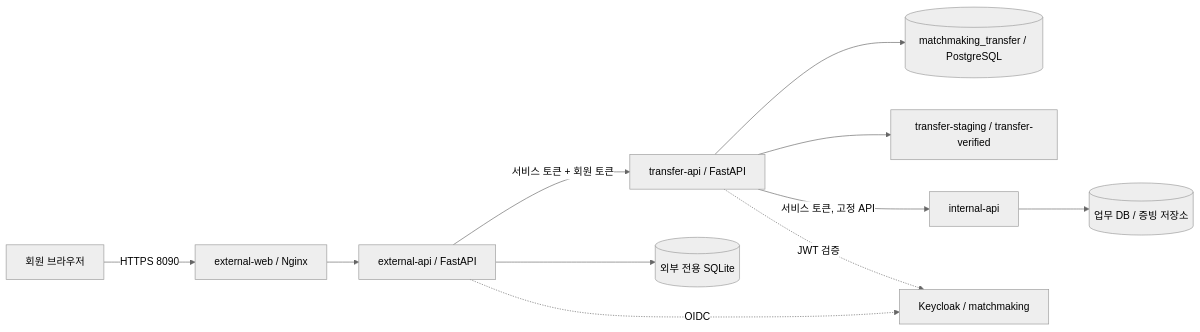
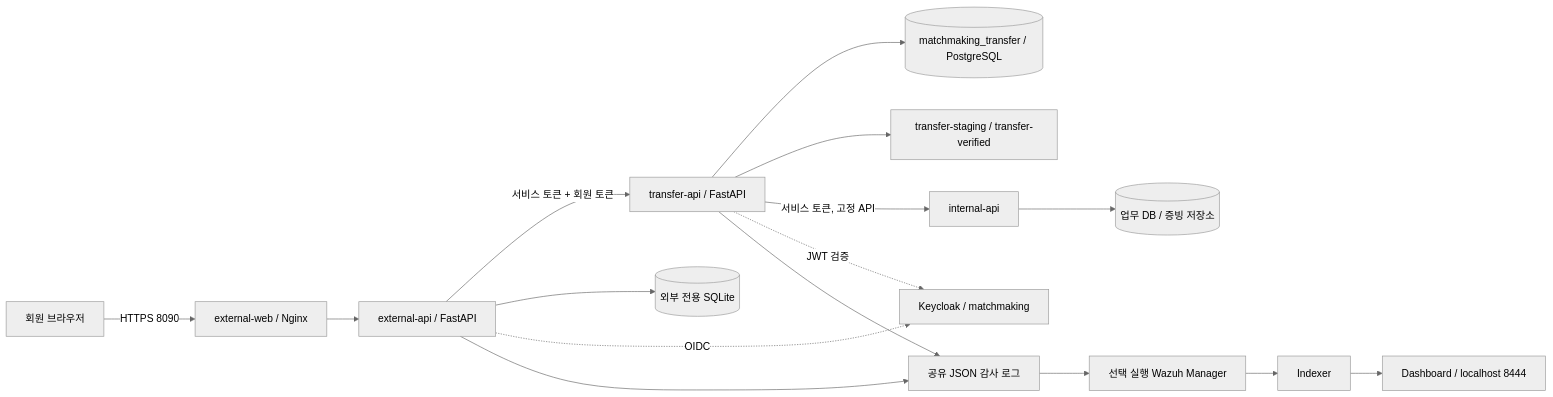
One commit to privacygate-matchmaking/matchmaking-external changed the diagram in docs/architecture.md. Above: the diagram before and after it, drawn with Mermaid (neutral theme). The commit also changed other lines of this file and 18 other files, not shown here.

````diff
--- a/docs/architecture.md
+++ b/docs/architecture.md
@@ -3,13 +3,18 @@
 ```mermaid
 flowchart LR
   Browser[회원 브라우저] -->|HTTPS 8090| Web[external-web / Nginx]
   Web --> BFF[external-api / FastAPI]
   BFF -->|서비스 토큰 + 회원 토큰| Transfer[transfer-api / FastAPI]
   BFF --> Session[(외부 전용 SQLite)]
   Transfer --> TransferDB[(matchmaking_transfer / PostgreSQL)]
   Transfer --> Files[transfer-staging / transfer-verified]
   Transfer -->|서비스 토큰, 고정 API| Internal[internal-api]
   Internal --> Business[(업무 DB / 증빙 저장소)]
   BFF -. OIDC .-> KC[Keycloak / matchmaking]
   Transfer -. JWT 검증 .-> KC
+  BFF --> Audit[공유 JSON 감사 로그]
+  Transfer --> Audit
+  Audit --> Manager[선택 실행 Wazuh Manager]
+  Manager --> Indexer[Indexer]
+  Indexer --> Dashboard[Dashboard / localhost 8444]
 ```
````
